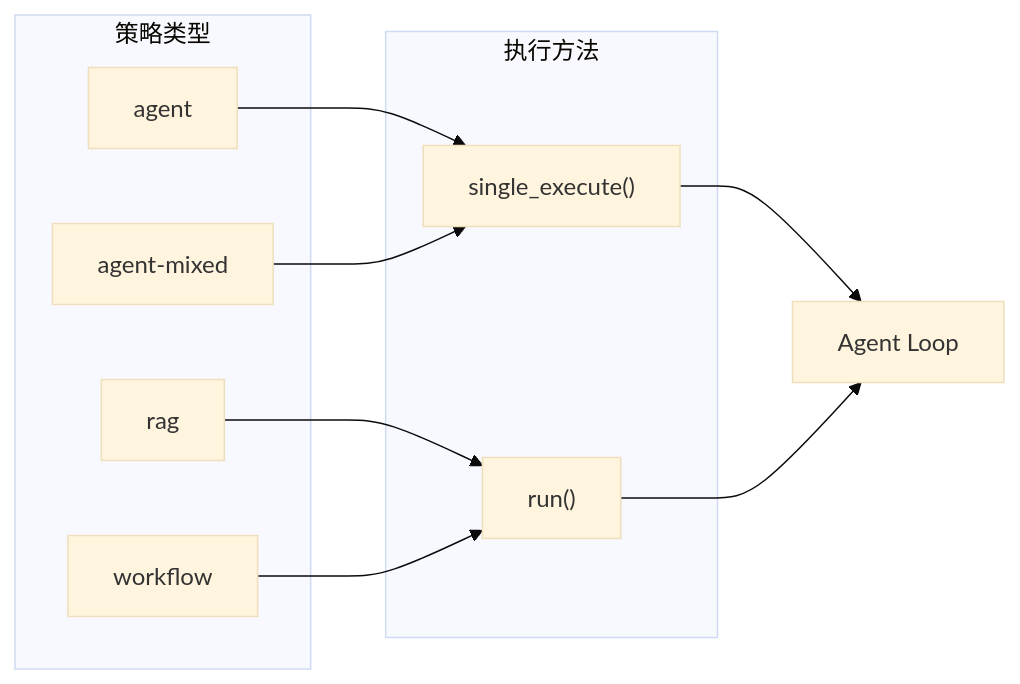
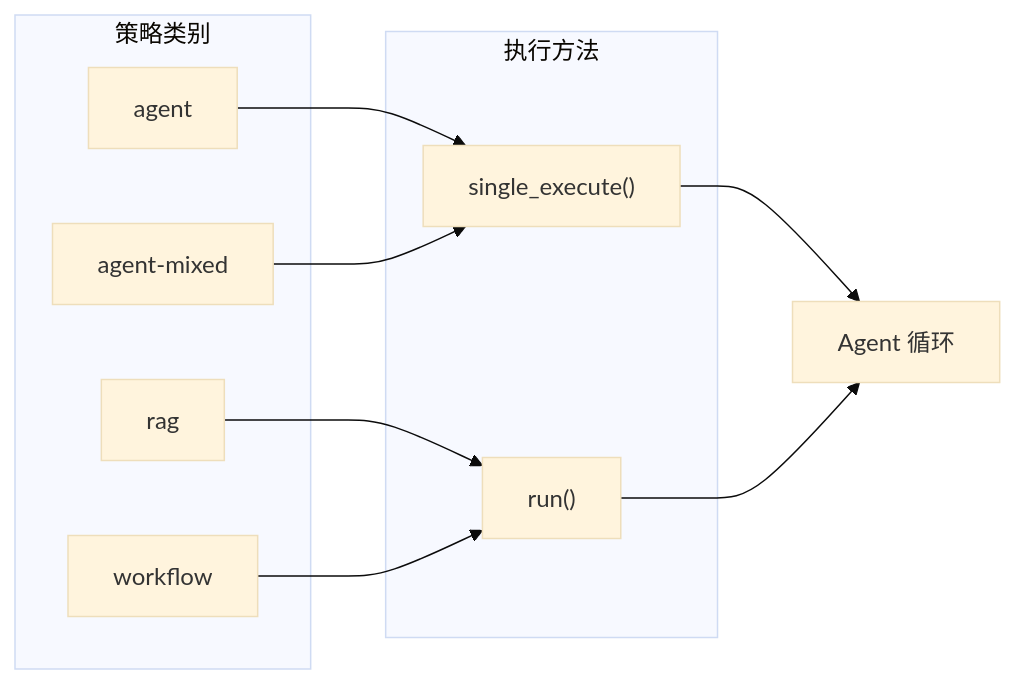
Before and after one commit to AmritaBot/AmritaCore: the third of 5 diagrams in docs/docs/zh/guide/getting-started/architecture.md, drawn with Mermaid (base theme). The commit also changed other lines of this file and 160 other files, not shown here.

````diff
--- a/docs/docs/zh/guide/getting-started/architecture.md
+++ b/docs/docs/zh/guide/getting-started/architecture.md
@@ -116,22 +116,22 @@
 ```mermaid
 graph LR
-    subgraph "策略类型"
+    subgraph "策略类别"
         AgentMode[agent]
         RAGMode[rag]
         WorkflowMode[workflow]
         MixedMode[agent-mixed]
     end
 
     subgraph "执行方法"
         SingleExecute["single_execute()"]
         RunMethod["run()"]
     end
 
     AgentMode --> SingleExecute
     MixedMode --> SingleExecute
     RAGMode --> RunMethod
     WorkflowMode --> RunMethod
 
-    SingleExecute --> AgentLoop[Agent Loop]
+    SingleExecute --> AgentLoop[Agent 循环]
     RunMethod --> AgentLoop
 ```
````
